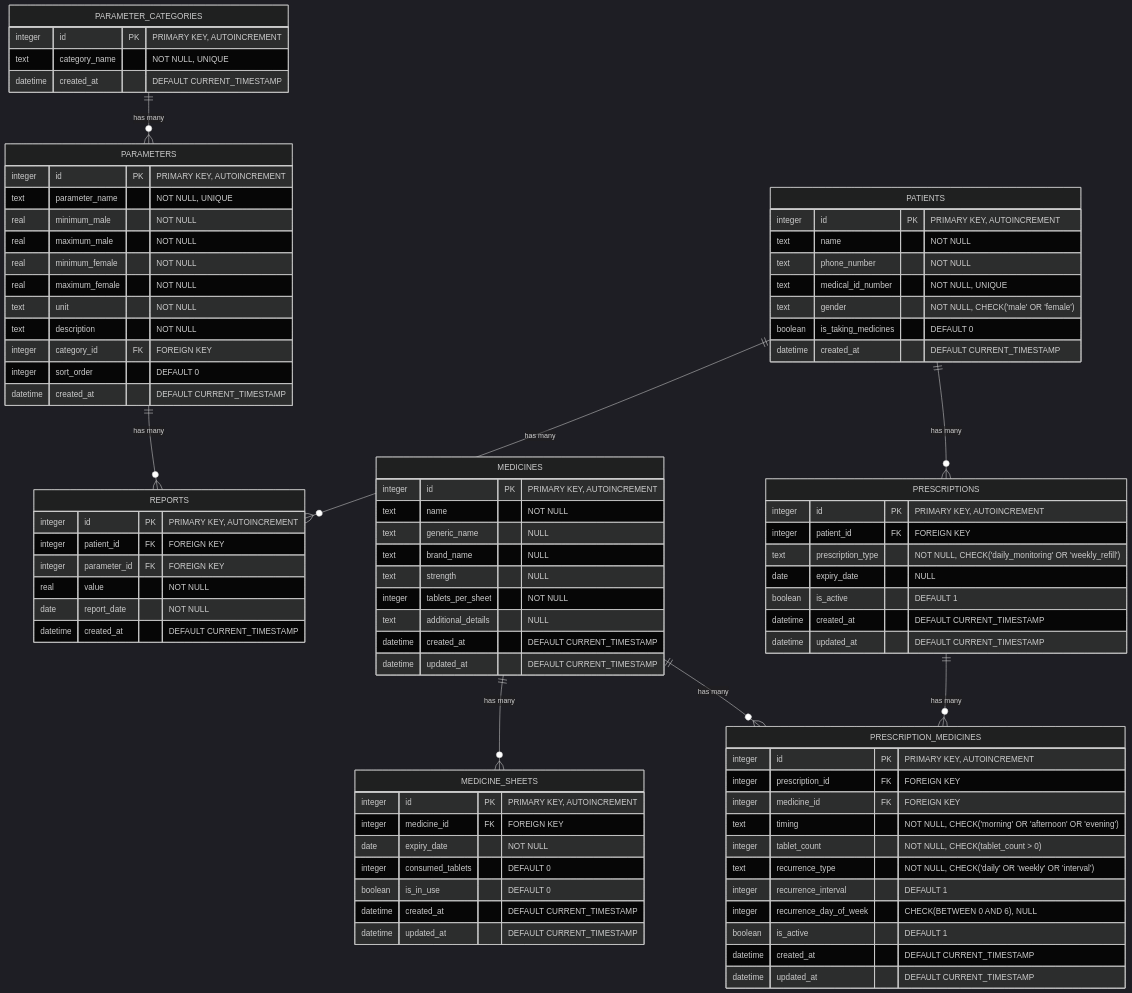
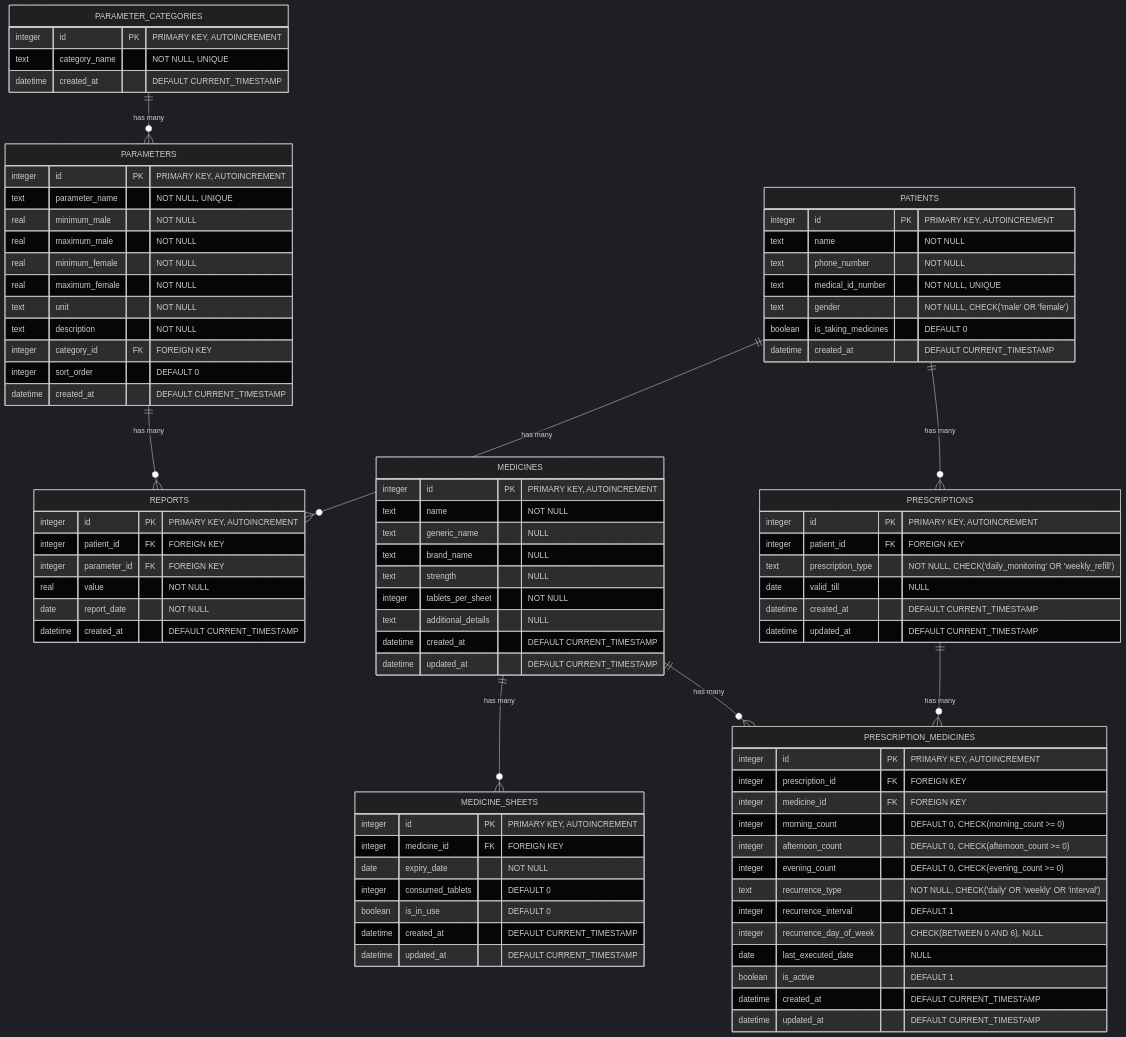
The diagram in src/lib/DATABASE_SCHEMA.md (rohitmitra5752/MedicalApp), drawn with Mermaid (dark theme) before and after one commit. The commit also changed other lines of this file and 41 other files, not shown here.

```diff
--- a/src/lib/DATABASE_SCHEMA.md
+++ b/src/lib/DATABASE_SCHEMA.md
@@ -69,8 +69,7 @@
         integer id PK "PRIMARY KEY, AUTOINCREMENT"
         integer patient_id FK "FOREIGN KEY"
         text prescription_type "NOT NULL, CHECK('daily_monitoring' OR 'weekly_refill')"
-        date expiry_date "NULL"
-        boolean is_active "DEFAULT 1"
+        date valid_till "NULL"
         datetime created_at "DEFAULT CURRENT_TIMESTAMP"
         datetime updated_at "DEFAULT CURRENT_TIMESTAMP"
     }
@@ -79,11 +78,13 @@
         integer id PK "PRIMARY KEY, AUTOINCREMENT"
         integer prescription_id FK "FOREIGN KEY"
         integer medicine_id FK "FOREIGN KEY" 
-        text timing "NOT NULL, CHECK('morning' OR 'afternoon' OR 'evening')"
-        integer tablet_count "NOT NULL, CHECK(tablet_count > 0)"
+        integer morning_count "DEFAULT 0, CHECK(morning_count >= 0)"
+        integer afternoon_count "DEFAULT 0, CHECK(afternoon_count >= 0)"
+        integer evening_count "DEFAULT 0, CHECK(evening_count >= 0)"
         text recurrence_type "NOT NULL, CHECK('daily' OR 'weekly' OR 'interval')"
         integer recurrence_interval "DEFAULT 1"
         integer recurrence_day_of_week "CHECK(BETWEEN 0 AND 6), NULL"
+        date last_executed_date "NULL"
         boolean is_active "DEFAULT 1"
         datetime created_at "DEFAULT CURRENT_TIMESTAMP"
         datetime updated_at "DEFAULT CURRENT_TIMESTAMP"
```
